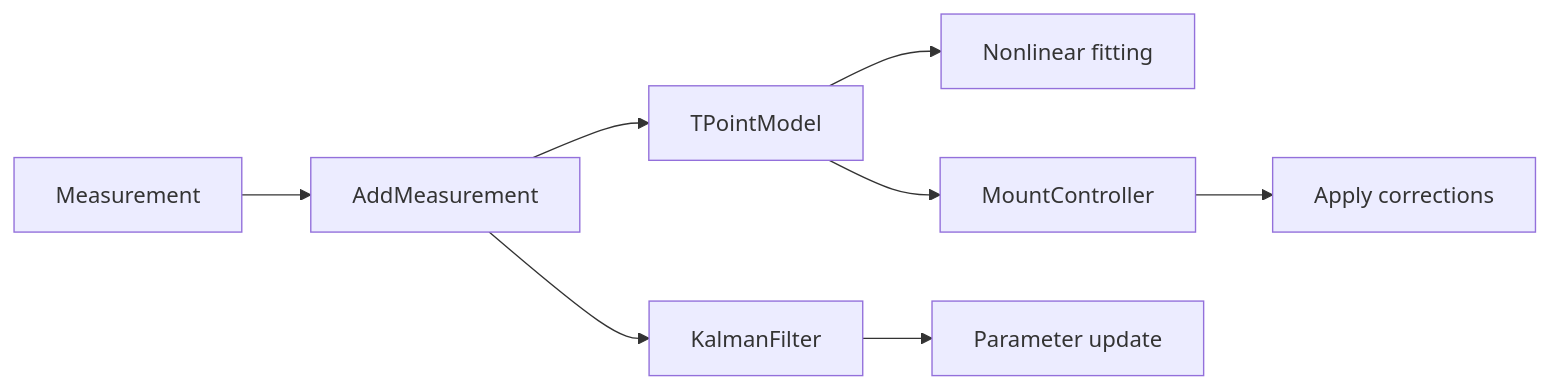
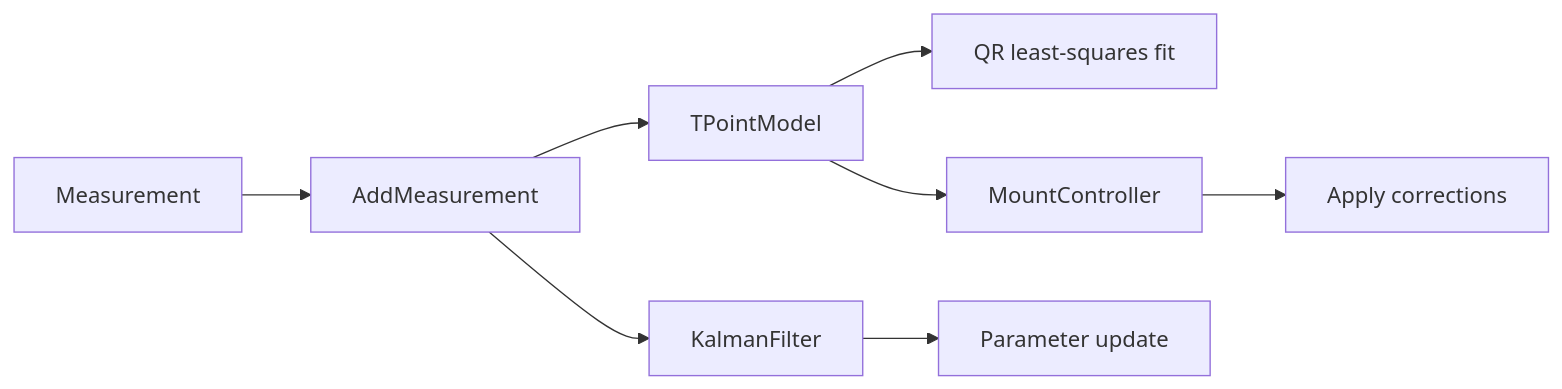
One commit to pielaszkiewicz-jacek/astro_mount_control changed the third of 11 diagrams in docs/en/architecture.md. Above: the diagram before and after it, drawn with Mermaid. The commit also changed other lines of this file and 674 other files, not shown here.

````diff
--- a/docs/en/architecture.md
+++ b/docs/en/architecture.md
@@ -326,10 +390,10 @@
 ```mermaid
 flowchart LR
     MEAS["Measurement"] --> ADD["AddMeasurement"]
     ADD --> TPM["TPointModel"]
-    TPM --> FIT["Nonlinear fitting"]
+    TPM --> FIT["QR least-squares fit"]
     ADD --> KF2["KalmanFilter"]
     KF2 --> PARAM["Parameter update"]
     TPM --> MC2["MountController"]
     MC2 --> CORR["Apply corrections"]
 ```
````
